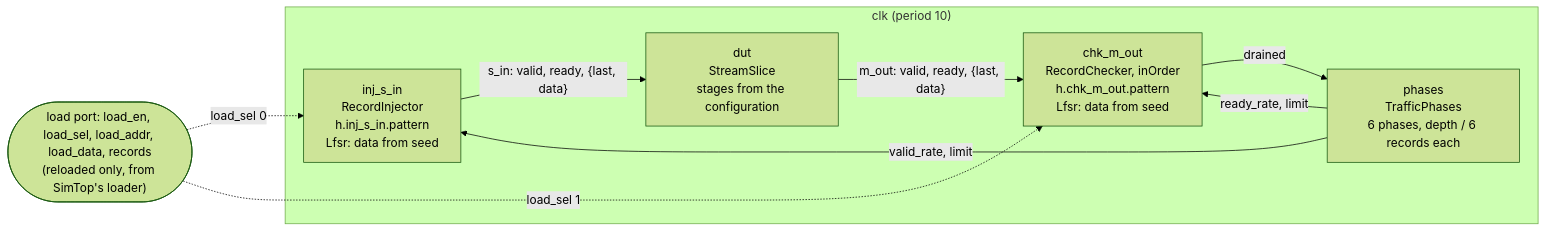
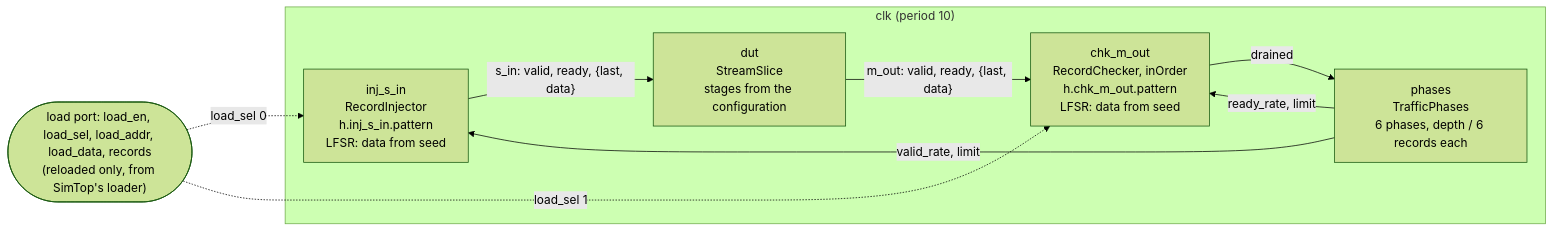
The diagram in doc/framework/examples/StreamSlice-tb-spec.md (TypeScriptSystemVerilog/TSSV), drawn with Mermaid (forest theme) before and after one commit. The commit also changed other lines of this file and 7 other files, not shown here.

````diff
--- a/doc/framework/examples/StreamSlice-tb-spec.md
+++ b/doc/framework/examples/StreamSlice-tb-spec.md
@@ -34,12 +34,12 @@
 ```mermaid
 flowchart LR
   subgraph clk["clk (period 10)"]
-    inj["inj_s_in<br/>RecordInjector<br/>h.inj_s_in.pattern<br/>Lfsr: data from seed"] -->|"s_in: valid, ready, {last, data}"| dut["dut<br/>StreamSlice<br/>stages from the configuration"]
-    dut -->|"m_out: valid, ready, {last, data}"| chk["chk_m_out<br/>RecordChecker, inOrder<br/>h.chk_m_out.pattern<br/>Lfsr: data from seed"]
+    inj["inj_s_in<br/>RecordInjector<br/>h.inj_s_in.pattern<br/>LFSR: data from seed"] -->|"s_in: valid, ready, {last, data}"| dut["dut<br/>StreamSlice<br/>stages from the configuration"]
+    dut -->|"m_out: valid, ready, {last, data}"| chk["chk_m_out<br/>RecordChecker, inOrder<br/>h.chk_m_out.pattern<br/>LFSR: data from seed"]
     phases["phases<br/>TrafficPhases<br/>6 phases, depth / 6 records each"] -->|"valid_rate, limit"| inj
     phases -->|"ready_rate, limit"| chk
     chk -->|drained| phases
   end
   load(["load port: load_en, load_sel, load_addr, load_data, records<br/>(reloaded only, from SimTop's loader)"]) -.->|"load_sel 0"| inj
   load -.->|"load_sel 1"| chk
 ```
````
